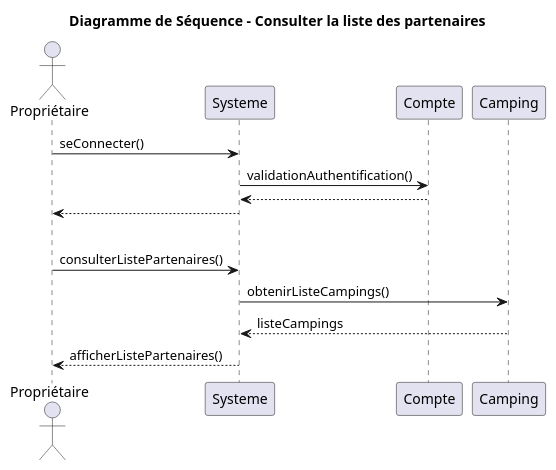
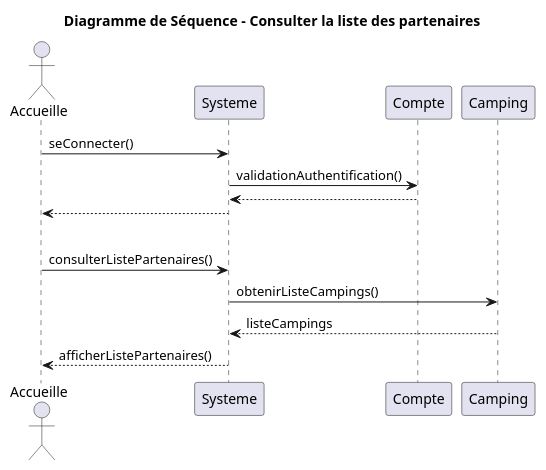
Before and after one commit to Egario54/ProjetClubNautique: the diagram in UML/Diagramme_séquence_consulter_liste_partenaires.puml, drawn with PlantUML. The commit also changed 15 other files, not shown here.

Commit message:
amélioration du diagramme de use case

```diff
--- a/UML/Diagramme_séquence_consulter_liste_partenaires.puml
+++ b/UML/Diagramme_séquence_consulter_liste_partenaires.puml
@@ -1,22 +1,22 @@
 @startuml
 title Diagramme de Séquence - Consulter la liste des partenaires
-actor Propriétaire
+actor Accueille
 participant Systeme
 participant Compte
 participant Camping
 
 'Connexion à un compte'
-Propriétaire -> Systeme: seConnecter()
+Accueille -> Systeme: seConnecter()
 Systeme -> Compte: validationAuthentification()
 return
-Systeme --> Propriétaire
+Systeme --> Accueille
 
 'Séparation'
 |||
 
 'Consulter la liste des partenaires'
-Propriétaire -> Systeme: consulterListePartenaires()
+Accueille -> Systeme: consulterListePartenaires()
     Systeme -> Camping: obtenirListeCampings()
     Camping --> Systeme: listeCampings
-    Systeme --> Propriétaire: afficherListePartenaires()
+    Systeme --> Accueille: afficherListePartenaires()
 @enduml
```
